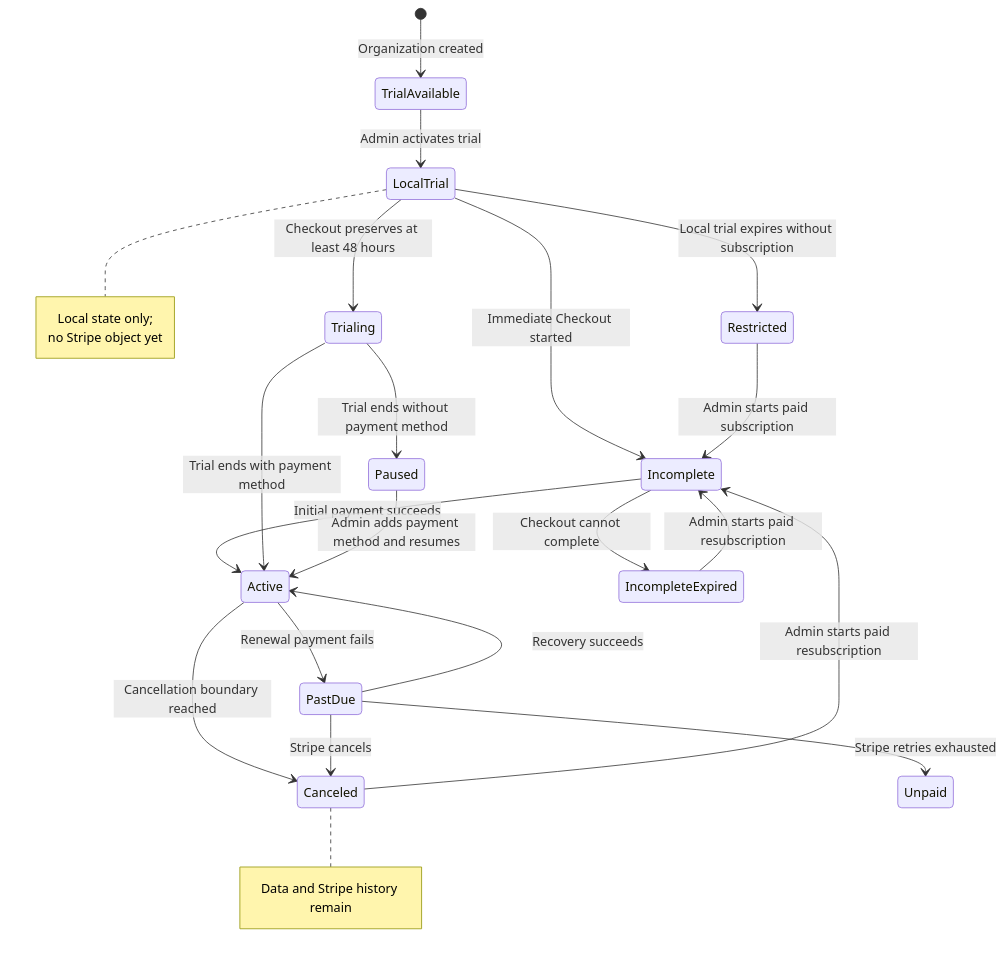
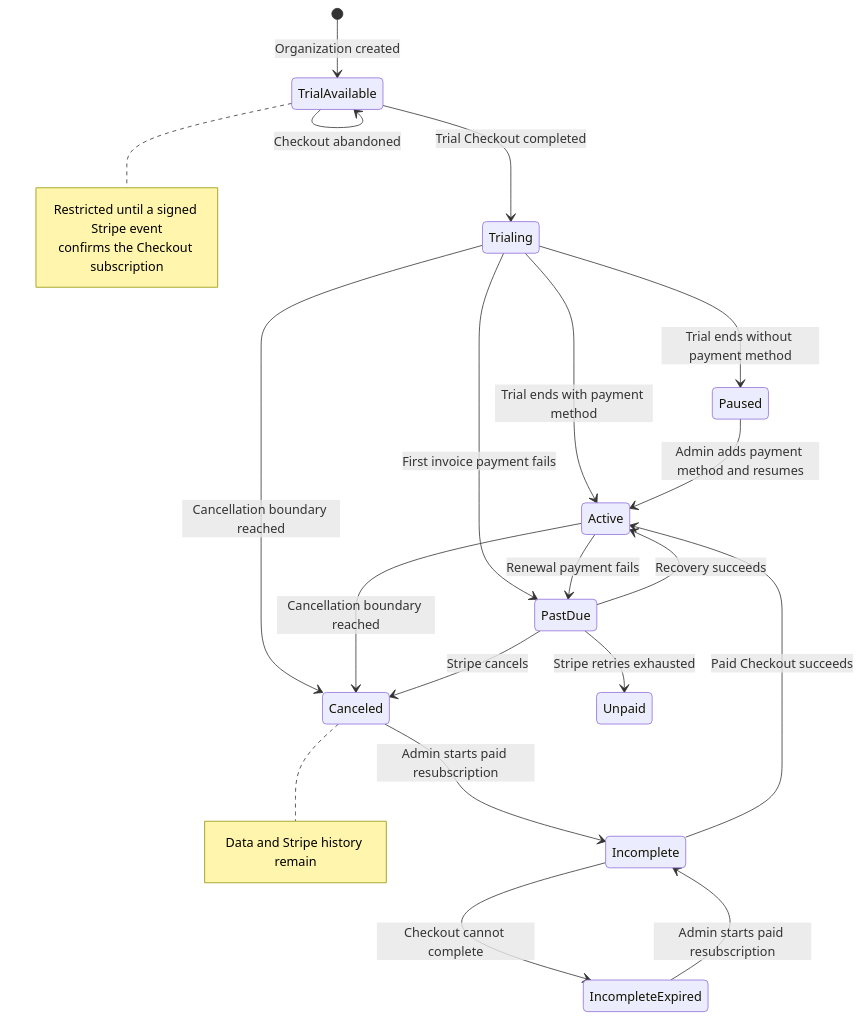
One commit to getnao/nao changed the ninth of 14 diagrams in apps/backend/docs/cloud-billing-stripe.md. Above: the diagram before and after it, drawn with Mermaid. The commit also changed other lines of this file and 27 other files, not shown here.

````diff
--- a/apps/backend/docs/cloud-billing-stripe.md
+++ b/apps/backend/docs/cloud-billing-stripe.md
@@ -462,30 +524,29 @@
 ```mermaid
 stateDiagram-v2
     [*] --> TrialAvailable: Organization created
-    TrialAvailable --> LocalTrial: Admin activates trial
-    LocalTrial --> Incomplete: Immediate Checkout started
-    LocalTrial --> Trialing: Checkout preserves at least 48 hours
-    LocalTrial --> Restricted: Local trial expires without subscription
-    Incomplete --> Active: Initial payment succeeds
+    TrialAvailable --> Trialing: Trial Checkout completed
+    TrialAvailable --> TrialAvailable: Checkout abandoned
+    Incomplete --> Active: Paid Checkout succeeds
     Incomplete --> IncompleteExpired: Checkout cannot complete
     Trialing --> Active: Trial ends with payment method
+    Trialing --> PastDue: First invoice payment fails
     Trialing --> Paused: Trial ends without payment method
+    Trialing --> Canceled: Cancellation boundary reached
     Active --> PastDue: Renewal payment fails
     Active --> Canceled: Cancellation boundary reached
     PastDue --> Active: Recovery succeeds
     PastDue --> Unpaid: Stripe retries exhausted
     PastDue --> Canceled: Stripe cancels
     Paused --> Active: Admin adds payment method and resumes
     Canceled --> Incomplete: Admin starts paid resubscription
     IncompleteExpired --> Incomplete: Admin starts paid resubscription
-    Restricted --> Incomplete: Admin starts paid subscription
 
-    note right of LocalTrial
-        Local state only;
-        no Stripe object yet
+    note right of TrialAvailable
+        Restricted until a signed Stripe event
+        confirms the Checkout subscription
     end note
 
     note right of Canceled
         Data and Stripe history remain
     end note
 ```
````
